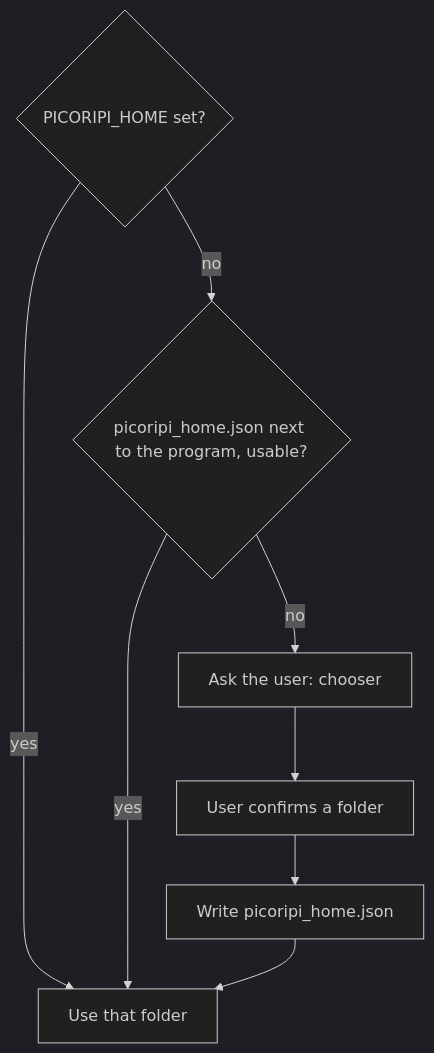
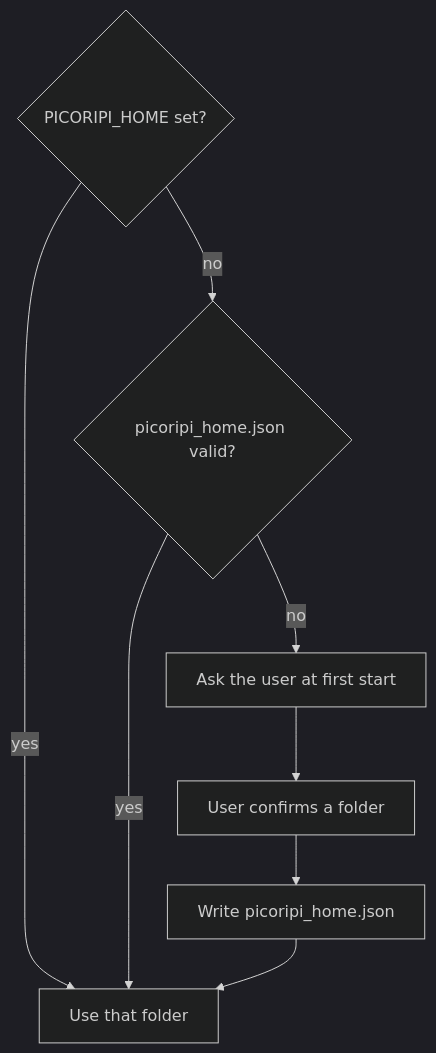
One commit to rashevskyv/Picoripi changed the diagram in docs/wiki/4_Configuration_Guide.md. Above: the diagram before and after it, drawn with Mermaid (dark theme). The commit also changed other lines of this file and 54 other files, not shown here.

````diff
--- a/docs/wiki/4_Configuration_Guide.md
+++ b/docs/wiki/4_Configuration_Guide.md
@@ -106,10 +238,10 @@
 ```mermaid
 flowchart TD
   A{PICORIPI_HOME set?} -->|yes| U[Use that folder]
-  A -->|no| B{picoripi_home.json next to the program, usable?}
+  A -->|no| B{picoripi_home.json valid?}
   B -->|yes| U
-  B -->|no| C[Ask the user: chooser]
+  B -->|no| C[Ask the user at first start]
   C --> D[User confirms a folder]
   D --> W[Write picoripi_home.json]
   W --> U
 ```
````
